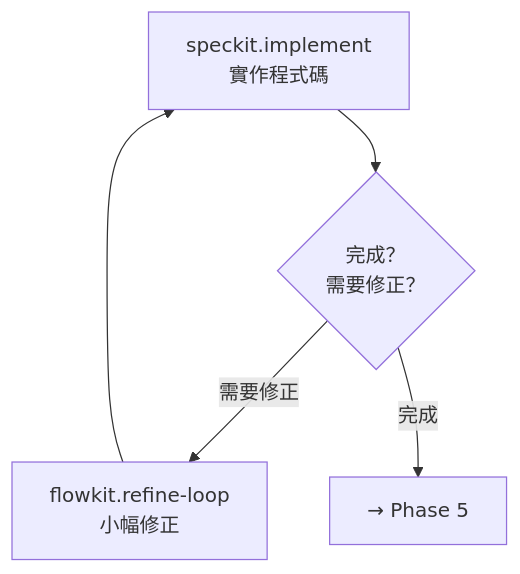
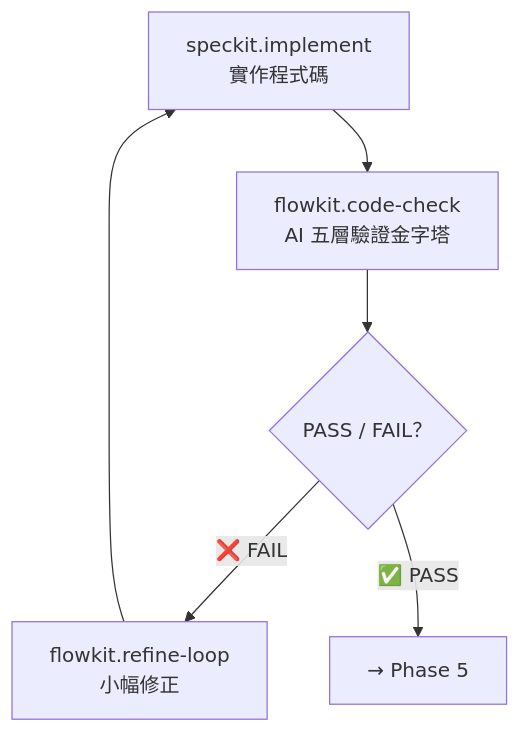
The seventh of 14 diagrams in docs/77.flowkit相關文件/SDD開發流程圖.md (Andre0923/TaiwanMarketTimeMachine), drawn with Mermaid before and after one commit. The commit also changed other lines of this file and 293 other files, not shown here.

First line of the commit message:
chore: 升級至完整 SpecKit + FlowKit 套件

````diff
--- a/docs/77.flowkit相關文件/SDD開發流程圖.md
+++ b/docs/77.flowkit相關文件/SDD開發流程圖.md
@@ -331,9 +377,11 @@
 ```mermaid
 flowchart TD
     IMPL["speckit.implement<br/>實作程式碼"]
+    CODECHECK["flowkit.code-check<br/>AI 五層驗證金字塔"]
     
-    IMPL --> Check{完成？<br/>需要修正？}
-    Check -->|需要修正| REFINE["flowkit.refine-loop<br/>小幅修正"]
-    Check -->|完成| Next["→ Phase 5"]
+    IMPL --> CODECHECK
+    CODECHECK --> Check{PASS / FAIL？}
+    Check -->|❌ FAIL| REFINE["flowkit.refine-loop<br/>小幅修正"]
+    Check -->|✅ PASS| Next["→ Phase 5"]
     REFINE --> IMPL
 ```
````
